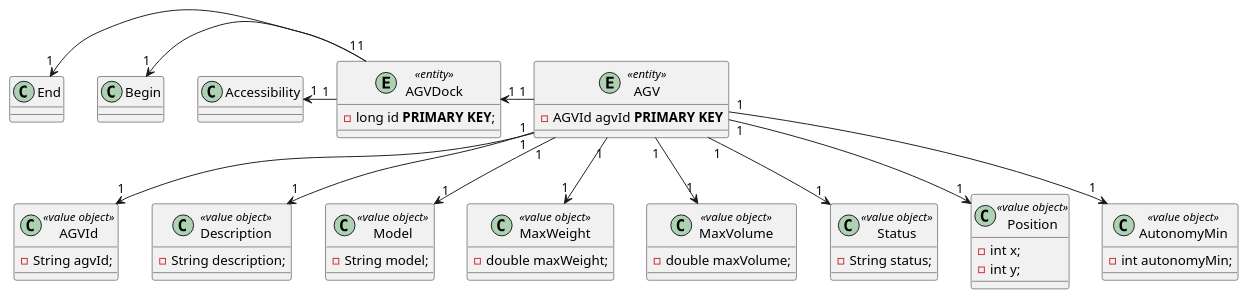
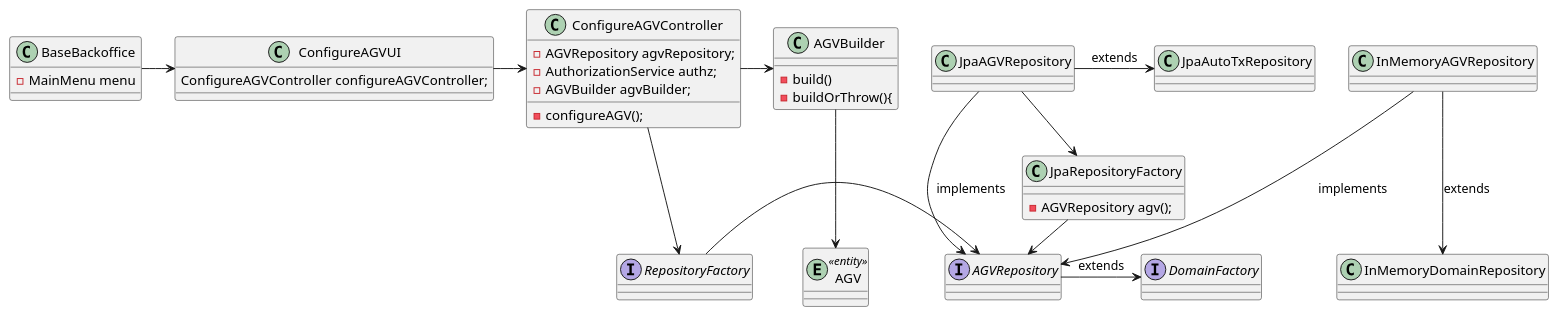
One commit to LourencoMelo/ISEP-EAPLI changed the diagram in eapli.base/docs/1190811/US2002/US2002_CD.puml. Above: the diagram before and after it, drawn with PlantUML. The commit also changed 17 other files, not shown here.

```diff
--- a/eapli.base/docs/1190811/US2002/US2002_CD.puml
+++ b/eapli.base/docs/1190811/US2002/US2002_CD.puml
@@ -1,61 +1,82 @@
 @startuml
 
 Entity AGV<<entity>>{
-    -AGVId agvId **PRIMARY KEY**
+
 }
 
-Entity AGVDock<<entity>>{
-    -long id **PRIMARY KEY**;
+class ConfigureAGVUI{
+    ConfigureAGVController configureAGVController;
 }
 
-class AGVId <<value object>>{
-    -String agvId;
+class ConfigureAGVController{
+    -AGVRepository agvRepository;
+    -AuthorizationService authz;
+    -AGVBuilder agvBuilder;
+    -configureAGV();
 }
 
-class Description <<value object>>{
-    -String description;
+class AGVBuilder{
+    -build()
+    -buildOrThrow(){
 }
 
-class Model <<value object>>{
-    -String model;
+class BaseBackoffice{
+    -MainMenu menu
 }
 
-class MaxWeight <<value object>>{
-    -double maxWeight;
+interface AGVRepository{
+
 }
 
-class MaxVolume <<value object>>{
-    -double maxVolume;
+interface DomainFactory{
+
 }
 
-class Status <<value object>>{
-    -String status;
+class JpaAGVRepository{
+
 }
 
-class Position <<value object>>{
-    -int x;
-    -int y;
+class JpaAutoTxRepository{
+
 }
 
-class AutonomyMin <<value object>>{
-    -int autonomyMin;
+class InMemoryAGVRepository{
+
 }
 
-AGV "1" -down-> "1" AGVId
-AGV "1" -down-> "1" Description
-AGV "1" -down-> "1" Model
-AGV "1" -down-> "1" MaxWeight
-AGV "1" -down-> "1" MaxVolume
-AGV "1" -down-> "1" Status
-AGV "1" -down-> "1" Position
-AGV "1" -down-> "1" AutonomyMin
+class InMemoryDomainRepository{
 
-AGVDock "1" -left-> "1" Accessibility
-AGVDock "1" -left-> "1" Begin
-AGVDock "1" -left-> "1" End
+}
+
+class JpaRepositoryFactory{
+    -AGVRepository agv();
+}
+
+interface RepositoryFactory{
+
+}
+
+AGVBuilder -down-> AGV
+
+BaseBackoffice -> ConfigureAGVUI
+
+ConfigureAGVUI -> ConfigureAGVController
+
+ConfigureAGVController ->  AGVBuilder
+
+ConfigureAGVController -down-> RepositoryFactory
+RepositoryFactory -right-> AGVRepository
 
 
-AGV "1" -left-> "1" AGVDock
+AGVRepository -right-> DomainFactory : "extends"
 
+JpaAGVRepository -right-> JpaRepositoryFactory
+JpaRepositoryFactory -> AGVRepository
+
+JpaAGVRepository  -> JpaAutoTxRepository : "extends"
+JpaAGVRepository -down-> AGVRepository : "implements"
+
+InMemoryAGVRepository -down-> InMemoryDomainRepository : "extends"
+InMemoryAGVRepository -down-> AGVRepository : "implements"
 
 @enduml
```
